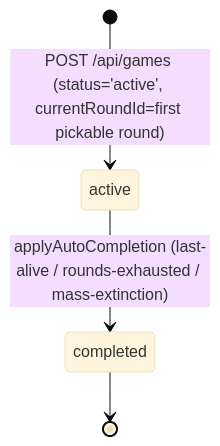
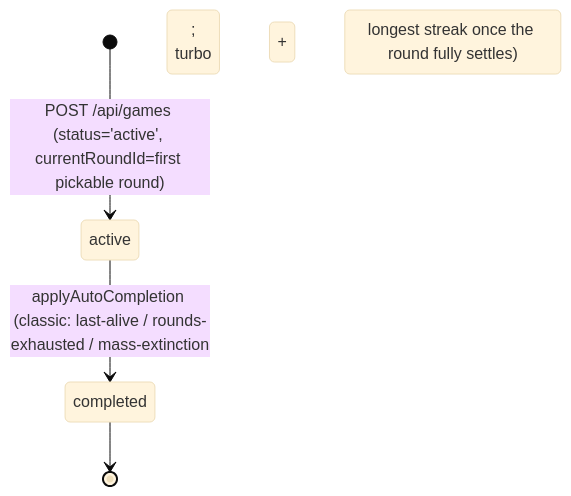
Before and after one commit to lennons301/last-person-standing: the second of 4 diagrams in docs/game-modes/README.md, drawn with Mermaid (base theme). The commit also changed other lines of this file and 12 other files, not shown here.

First line of the commit message:
fix(cup,turbo): single-round completion + wipeout rule; game-mode docs rework (#80)

````diff
--- a/docs/game-modes/README.md
+++ b/docs/game-modes/README.md
@@ -50,6 +55,6 @@
 ```mermaid
 stateDiagram-v2
     [*] --> active: POST /api/games (status='active', currentRoundId=first pickable round)
-    active --> completed: applyAutoCompletion (last-alive / rounds-exhausted / mass-extinction)
+    active --> completed: applyAutoCompletion (classic: last-alive / rounds-exhausted / mass-extinction;<br/>turbo + cup: longest streak once the round fully settles)
     completed --> [*]
 ```
````
